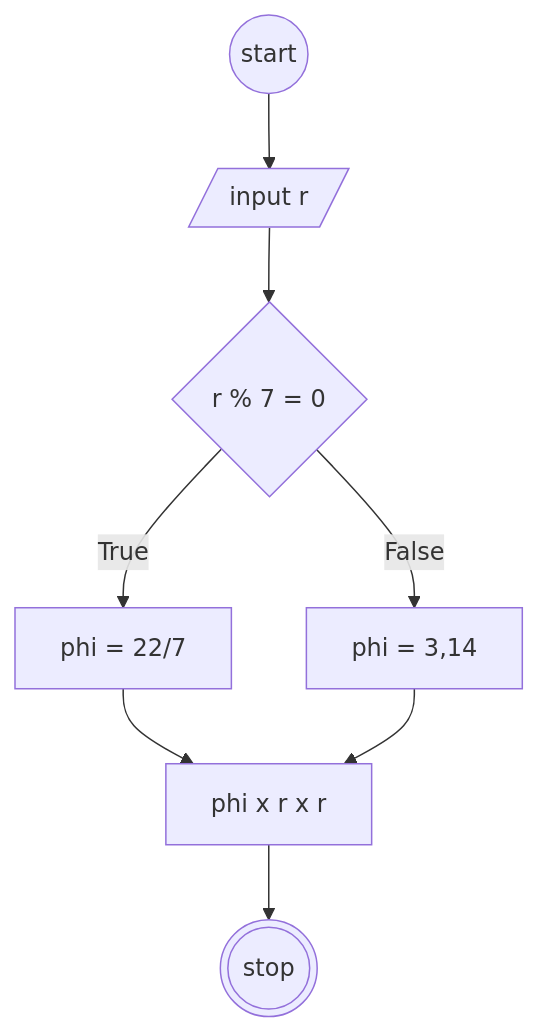
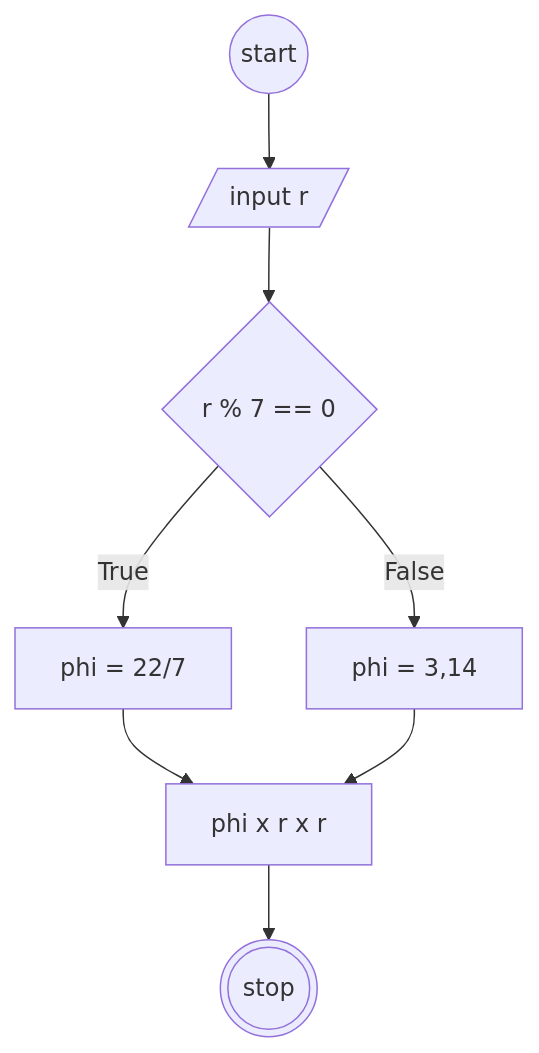
The first of 2 diagrams in minitask3.md (VsalCode/fgo24-Algoritma), drawn with Mermaid before and after one commit. The commit also changed other lines of this file, not shown here.

````diff
--- a/minitask3.md
+++ b/minitask3.md
@@ -15,19 +15,19 @@
 ```mermaid
 flowchart TD
     A@{shape: circle, label: "start"}
     B@{shape: lean-r, label: "input r"}
-    C@{shape: diamond, label: "r % 7 = 0"}
+    C@{shape: diamond, label: "r % 7 == 0"}
     D@{shape: rect, label: "phi = 22/7"}
     E@{shape: rect, label: "phi = 3,14"}
     F@{shape: rect, label: "phi x r x r"}
     X@{shape: dbl-circ, label: "stop"}
 
     A --> B
     B --> C
     C -- True --> D
     C -- False --> E
     D --> F
     E --> F
     F --> X
 
 ```
````
